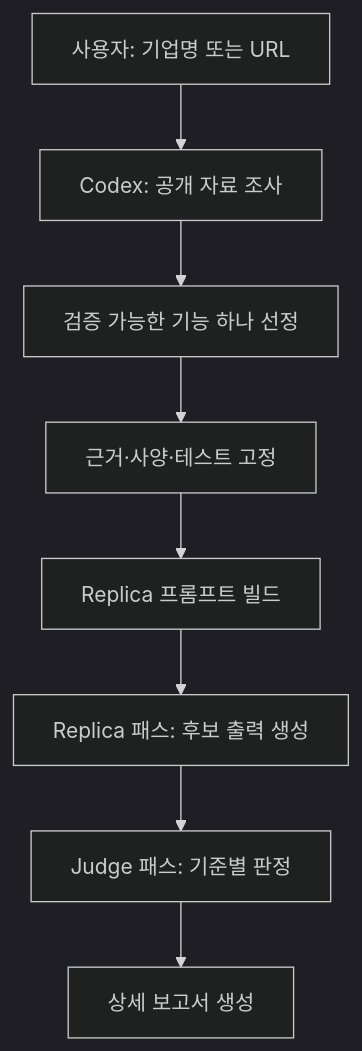
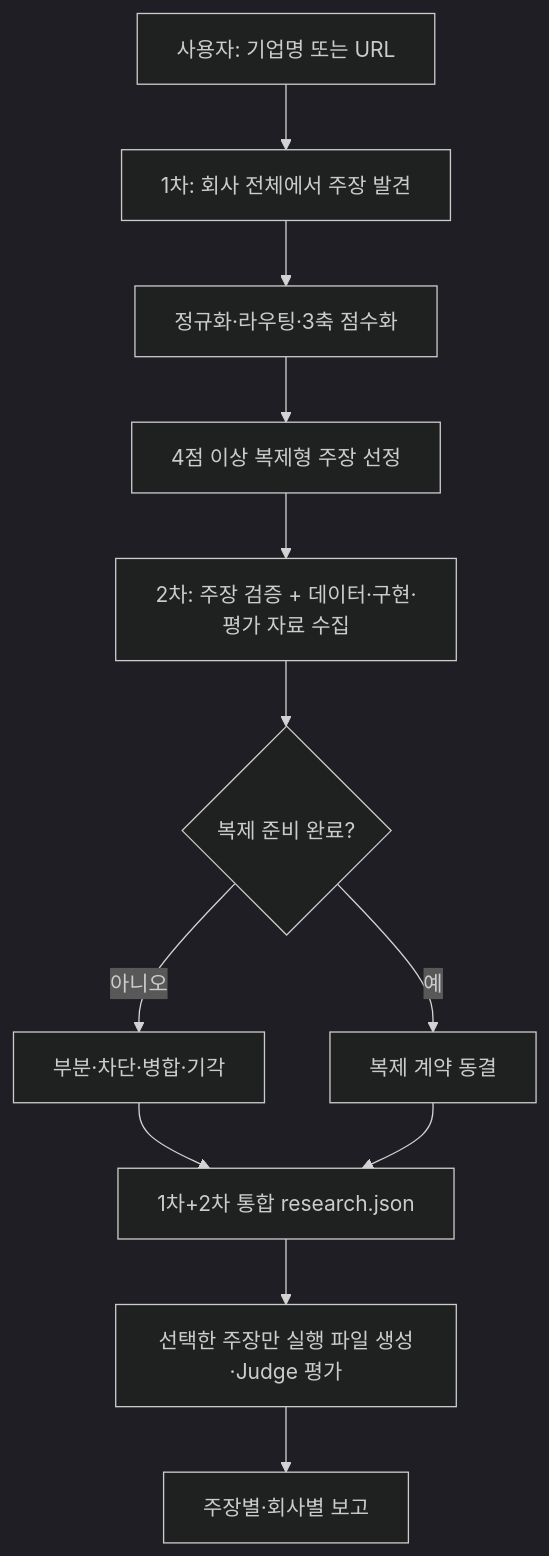
Before and after one commit to lpshi2002/replica-mvp: the diagram in README.md, drawn with Mermaid (dark theme). The commit also changed other lines of this file and 6 other files, not shown here.

````diff
--- a/README.md
+++ b/README.md
@@ -75,10 +76,14 @@
 ```mermaid
 flowchart TD
-    A["사용자: 기업명 또는 URL"] --> B["Codex: 공개 자료 조사"]
-    B --> C["검증 가능한 기능 하나 선정"]
-    C --> D["근거·사양·테스트 고정"]
-    D --> E["Replica 프롬프트 빌드"]
-    E --> F["Replica 패스: 후보 출력 생성"]
-    F --> G["Judge 패스: 기준별 판정"]
-    G --> H["상세 보고서 생성"]
+    A["사용자: 기업명 또는 URL"] --> B["1차: 회사 전체에서 주장 발견"]
+    B --> C["정규화·라우팅·3축 점수화"]
+    C --> D["4점 이상 복제형 주장 선정"]
+    D --> E["2차: 주장 검증 + 데이터·구현·평가 자료 수집"]
+    E --> F{"복제 준비 완료?"}
+    F -->|아니오| G["부분·차단·병합·기각"]
+    F -->|예| H["복제 계약 동결"]
+    G --> K["1차+2차 통합 research.json"]
+    H --> K
+    K --> I["선택한 주장만 실행 파일 생성·Judge 평가"]
+    I --> J["주장별·회사별 보고"]
 ```
````
